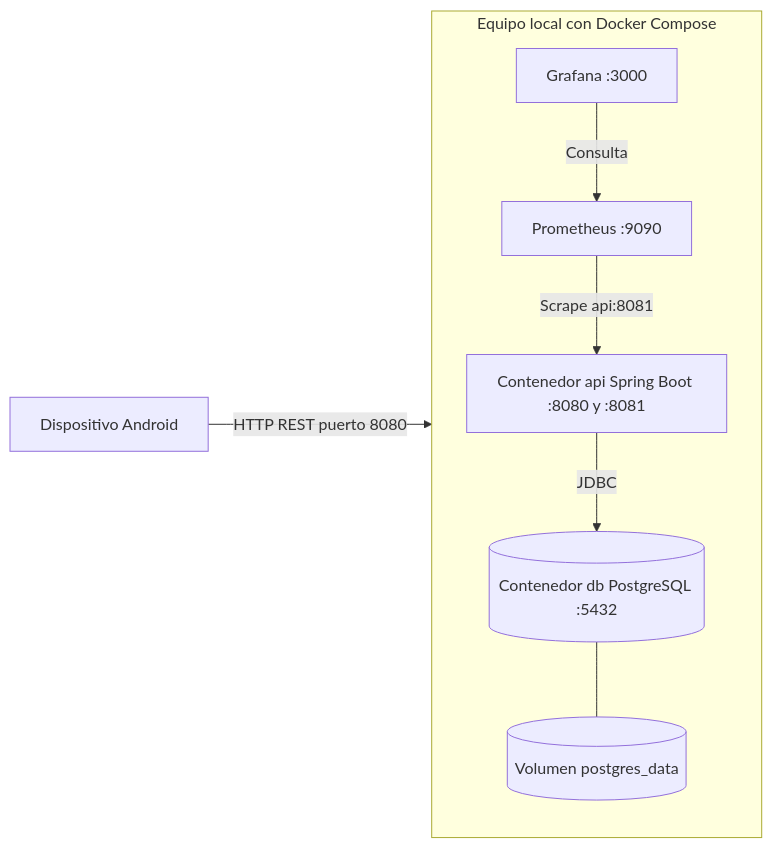
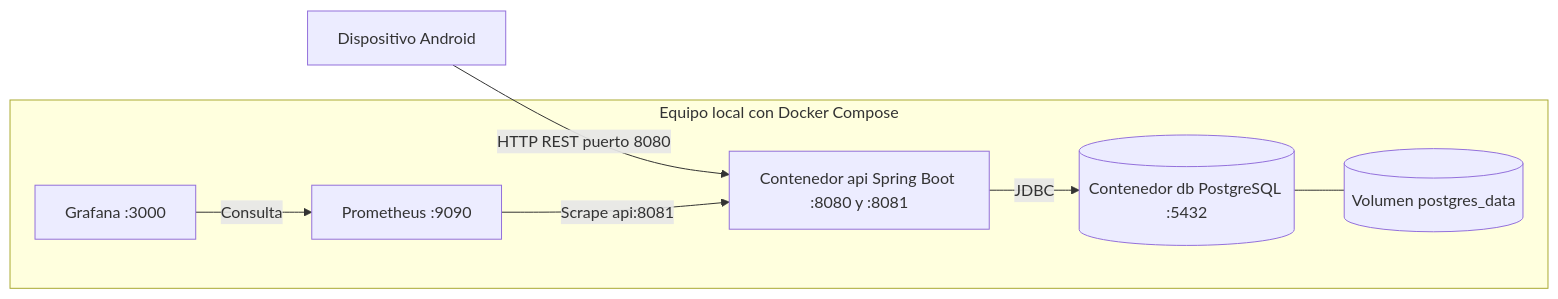
The fifth of 5 diagrams in docs/modulo-7/06-vistas-arquitectonicas-4mas1.md (afat13/Proyecto-ArquitecturaSoftware), drawn with Mermaid before and after one commit.

Commit message:
docs(m7): corregir relación del diagrama de despliegue 4+1

````diff
--- a/docs/modulo-7/06-vistas-arquitectonicas-4mas1.md
+++ b/docs/modulo-7/06-vistas-arquitectonicas-4mas1.md
@@ -107,15 +107,15 @@
 ```mermaid
 flowchart LR
-    Device[Dispositivo Android] -->|HTTP REST puerto 8080| Host[Equipo de laboratorio Docker]
+    Device[Dispositivo Android] -->|HTTP REST puerto 8080| API
     subgraph Host[Equipo local con Docker Compose]
         API[Contenedor api Spring Boot :8080 y :8081]
         DB[(Contenedor db PostgreSQL :5432)]
         P[Prometheus :9090]
         G[Grafana :3000]
         V[(Volumen postgres_data)]
         API -->|JDBC| DB
         DB --- V
         P -->|Scrape api:8081| API
         G -->|Consulta| P
     end
 ```
````
